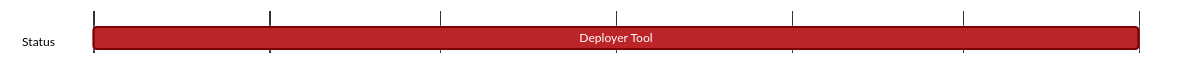
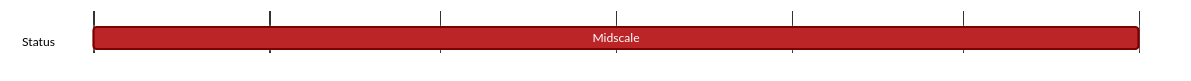
One commit to logos-co/roadmap changed the diagram in content/vac/dst/deployment-and-analysis/waku/midscale.md. Above: the diagram before and after it, drawn with Mermaid. The commit also changed 2 other files, not shown here.

Commit message:
Correct some mermaid information

````diff
--- a/content/vac/dst/deployment-and-analysis/waku/midscale.md
+++ b/content/vac/dst/deployment-and-analysis/waku/midscale.md
@@ -7,20 +7,20 @@
 ```mermaid
 %%{ 
   init: { 
     'theme': 'base', 
     'themeVariables': { 
       'primaryColor': '#BB2528', 
       'primaryTextColor': '#fff', 
       'primaryBorderColor': '#7C0000', 
       'lineColor': '#F8B229', 
       'secondaryColor': '#006100', 
       'tertiaryColor': '#fff' 
     } 
   } 
 }%%
 gantt
   tickInterval 1month
   dateFormat YYYY-MM-DD 
   section Status
-    Deployer Tool: 2024-05-01, 2024-11-01
+    Midscale: 2024-05-01, 2024-11-01
 ```
````
